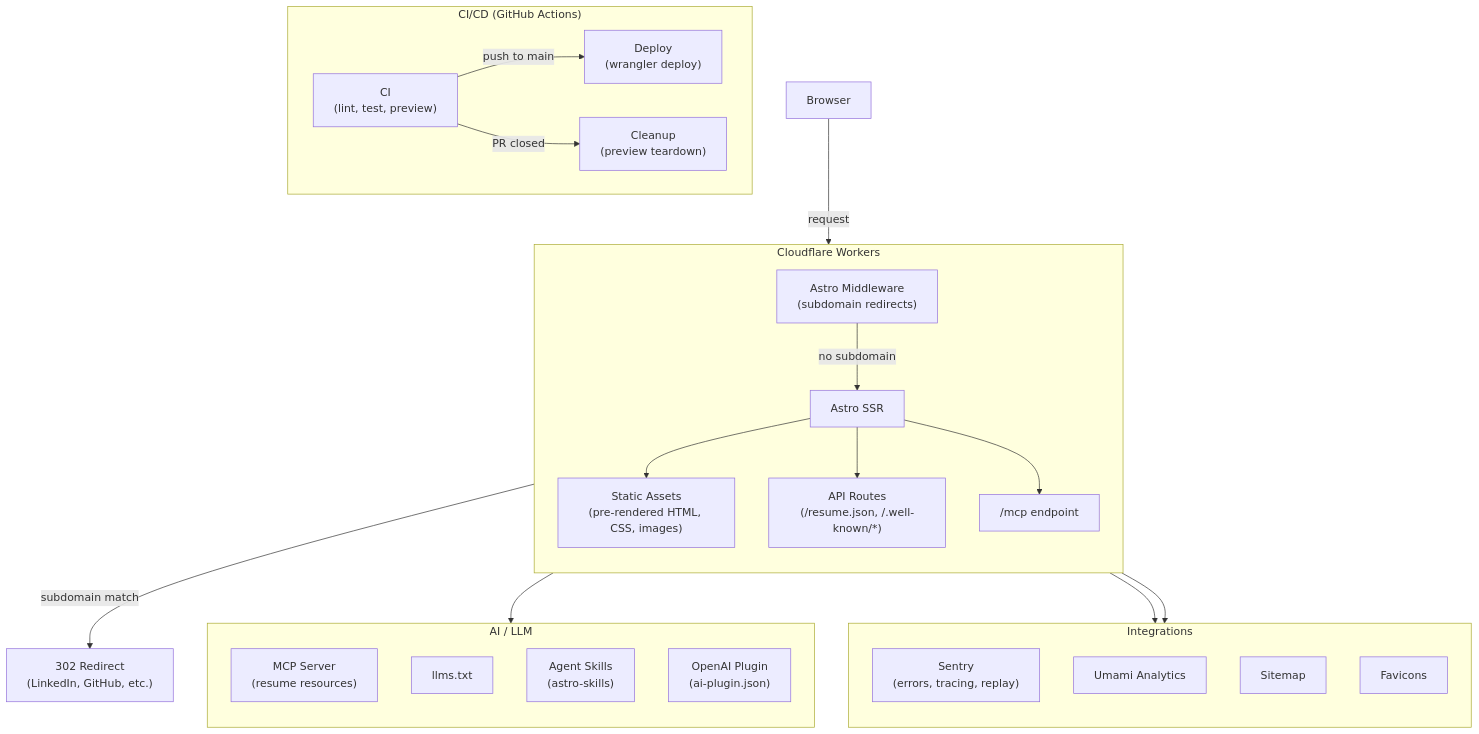
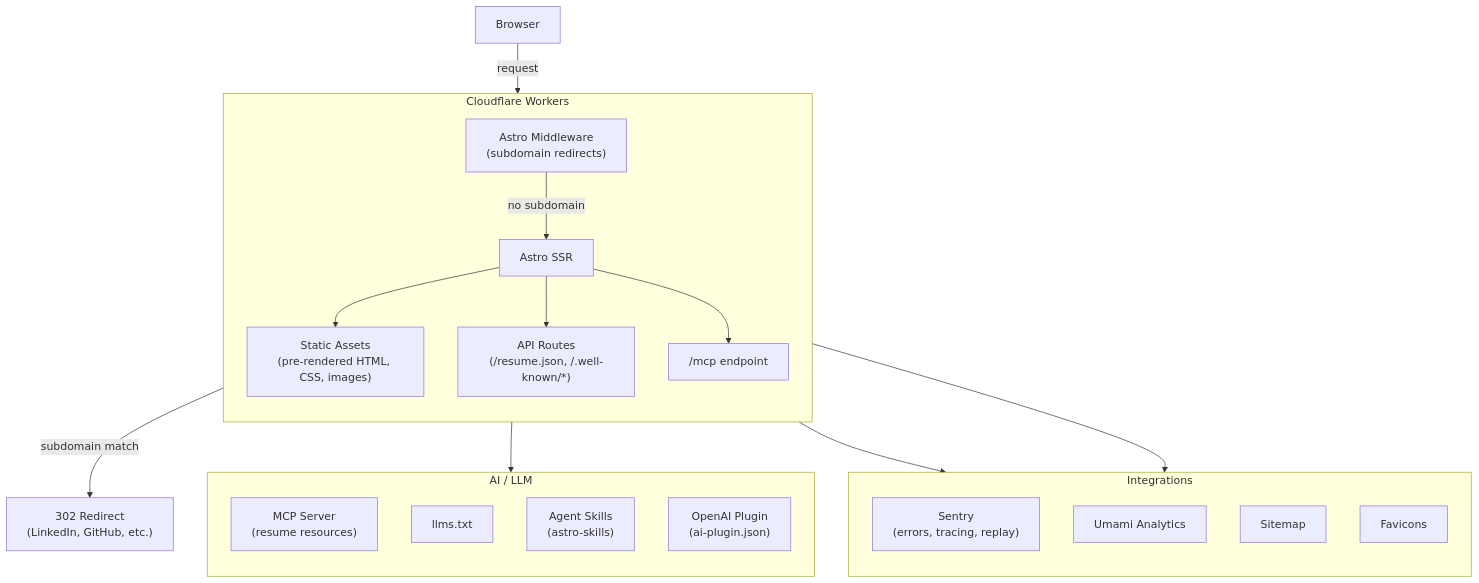
One commit to FraBle/frank-blechschmidt.com changed the diagram in README.md. Above: the diagram before and after it, drawn with Mermaid.

Commit message:
docs: remove CI/CD from architecture diagram

````diff
--- a/README.md
+++ b/README.md
@@ -7,46 +7,37 @@
 ```mermaid
 graph TB
     subgraph "Cloudflare Workers"
         direction TB
         MW["Astro Middleware<br/>(subdomain redirects)"]
         SSR["Astro SSR"]
         SA["Static Assets<br/>(pre-rendered HTML, CSS, images)"]
         MCP_EP["/mcp endpoint"]
         API["API Routes<br/>(/resume.json, /.well-known/*)"]
     end
 
     subgraph "Integrations"
         direction TB
         Sentry["Sentry<br/>(errors, tracing, replay)"]
         Umami["Umami Analytics"]
         Sitemap["Sitemap"]
         Favicons["Favicons"]
     end
 
     subgraph "AI / LLM"
         direction TB
         MCP["MCP Server<br/>(resume resources)"]
         LLM["llms.txt"]
         Skills["Agent Skills<br/>(astro-skills)"]
         Plugin["OpenAI Plugin<br/>(ai-plugin.json)"]
     end
 
-    subgraph "CI/CD (GitHub Actions)"
-        direction LR
-        CI["CI<br/>(lint, test, preview)"]
-        Deploy["Deploy<br/>(wrangler deploy)"]
-        Cleanup["Cleanup<br/>(preview teardown)"]
-    end
-
     Browser -->|"request"| MW
     MW -->|"subdomain match"| Redirect["302 Redirect<br/>(LinkedIn, GitHub, etc.)"]
     MW -->|"no subdomain"| SSR
     SSR --> SA
     SSR --> API
     SSR --> MCP_EP
     MCP_EP --> MCP
     SSR --> Sentry
     SSR --> Umami
-    CI -->|"push to main"| Deploy
-    CI -->|"PR closed"| Cleanup
 ```
````
